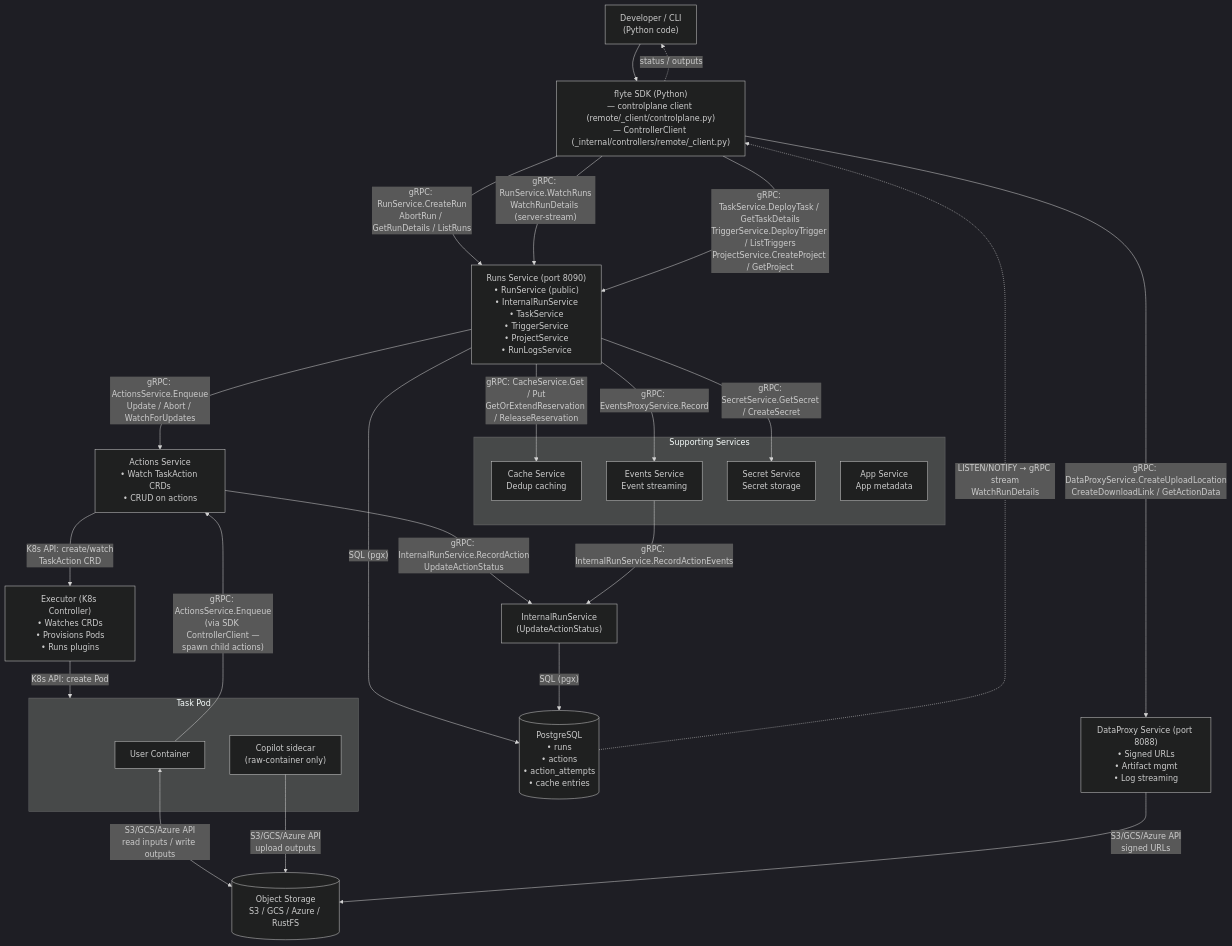
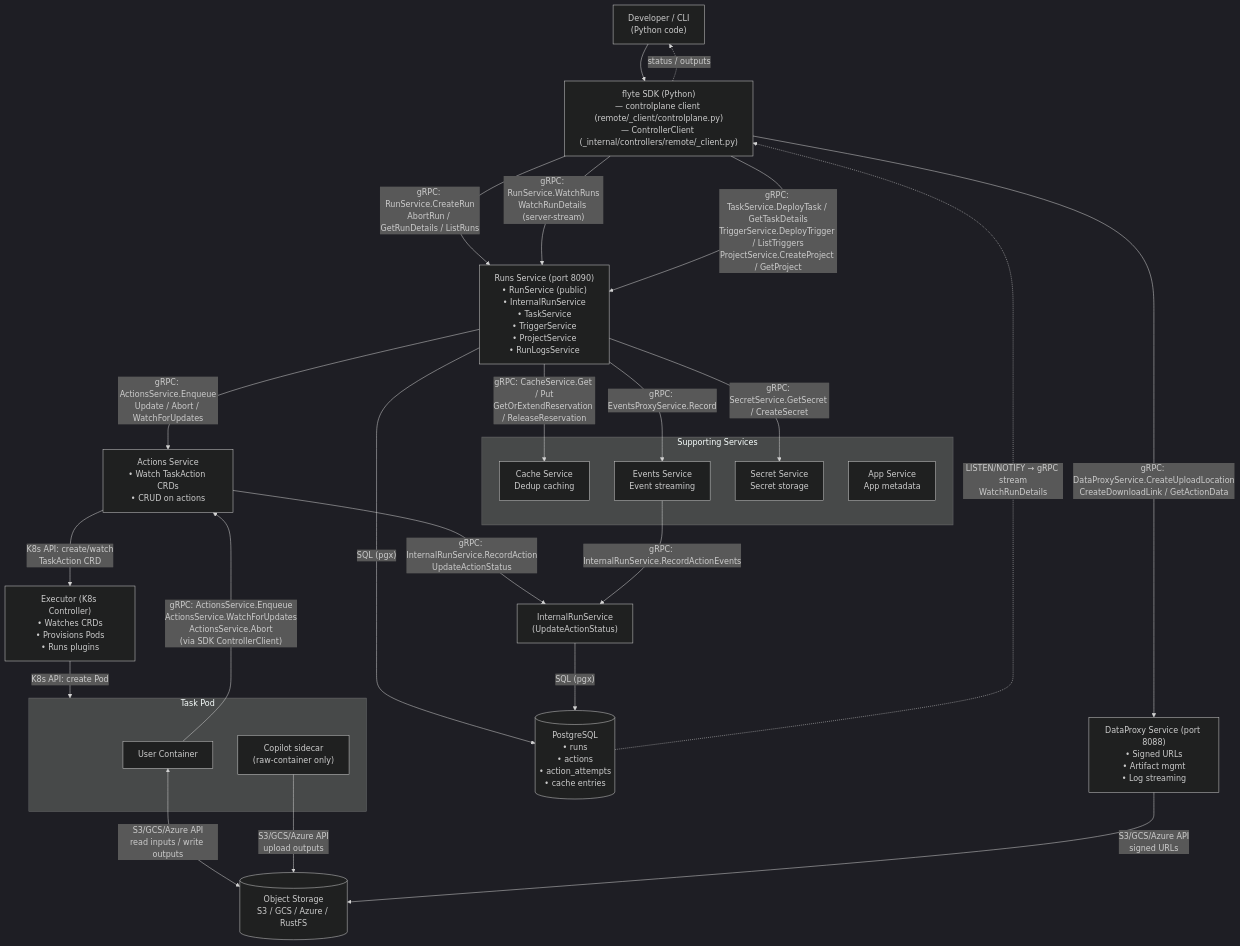
The second of 5 diagrams in docs/architecture.md (flyteorg/flyte), drawn with Mermaid (dark theme) before and after one commit. The commit also changed other lines of this file and 1 other file, not shown here.

Commit message:
Fix diagram label overlaps; expand SDK ControllerClient RPCs (Enqueue/WatchForUpdates/Abort)

````diff
--- a/docs/architecture.md
+++ b/docs/architecture.md
@@ -85,52 +85,52 @@
 ```mermaid
 flowchart TB
     Dev["Developer / CLI<br/>(Python code)"]
     SDK["flyte SDK (Python)<br/>— controlplane client (remote/_client/controlplane.py)<br/>— ControllerClient (_internal/controllers/remote/_client.py)"]
 
     Runs["Runs Service (port 8090)<br/>• RunService (public)<br/>• InternalRunService<br/>• TaskService<br/>• TriggerService<br/>• ProjectService<br/>• RunLogsService"]
 
     DB[("PostgreSQL<br/>• runs<br/>• actions<br/>• action_attempts<br/>• cache entries")]
     ActionsSvc["Actions Service<br/>• Watch TaskAction CRDs<br/>• CRUD on actions"]
     DataProxy["DataProxy Service (port 8088)<br/>• Signed URLs<br/>• Artifact mgmt<br/>• Log streaming"]
     Storage[("Object Storage<br/>S3 / GCS / Azure / RustFS")]
 
     Executor["Executor (K8s Controller)<br/>• Watches CRDs<br/>• Provisions Pods<br/>• Runs plugins"]
     subgraph TaskPod["Task Pod"]
         PodUser["User Container"]
         PodCopilot["Copilot sidecar<br/>(raw-container only)"]
     end
 
     Internal["InternalRunService<br/>(UpdateActionStatus)"]
 
     subgraph Support["Supporting Services"]
         CacheSvc["Cache Service<br/>Dedup caching"]
         EventsSvc["Events Service<br/>Event streaming"]
         SecretSvc["Secret Service<br/>Secret storage"]
         AppSvc["App Service<br/>App metadata"]
     end
 
     Dev --> SDK
     SDK -- "gRPC: RunService.CreateRun<br/>AbortRun / GetRunDetails / ListRuns" --> Runs
     SDK -- "gRPC: RunService.WatchRuns<br/>WatchRunDetails (server-stream)" --> Runs
     SDK -- "gRPC: DataProxyService.CreateUploadLocation<br/>CreateDownloadLink / GetActionData" --> DataProxy
     SDK -- "gRPC: TaskService.DeployTask / GetTaskDetails<br/>TriggerService.DeployTrigger / ListTriggers<br/>ProjectService.CreateProject / GetProject" --> Runs
-    PodUser -- "gRPC: ActionsService.Enqueue<br/>(via SDK ControllerClient —<br/>spawn child actions)" --> ActionsSvc
+    PodUser -- "gRPC: ActionsService.Enqueue<br/>ActionsService.WatchForUpdates<br/>ActionsService.Abort<br/>(via SDK ControllerClient)" --> ActionsSvc
 
     Runs -- "SQL (pgx)" --> DB
     Runs -- "gRPC: ActionsService.Enqueue<br/>Update / Abort / WatchForUpdates" --> ActionsSvc
     Runs -- "gRPC: CacheService.Get / Put<br/>GetOrExtendReservation / ReleaseReservation" --> CacheSvc
     Runs -- "gRPC: SecretService.GetSecret / CreateSecret" --> SecretSvc
     Runs -- "gRPC: EventsProxyService.Record" --> EventsSvc
 
     ActionsSvc -- "K8s API: create/watch<br/>TaskAction CRD" --> Executor
     Executor -- "K8s API: create Pod" --> TaskPod
     PodUser <-- "S3/GCS/Azure API<br/>read inputs / write outputs" --> Storage
     PodCopilot -- "S3/GCS/Azure API<br/>upload outputs" --> Storage
     DataProxy -- "S3/GCS/Azure API<br/>signed URLs" --> Storage
 
     ActionsSvc -- "gRPC: InternalRunService.RecordAction<br/>UpdateActionStatus" --> Internal
     EventsSvc -- "gRPC: InternalRunService.RecordActionEvents" --> Internal
     Internal -- "SQL (pgx)" --> DB
     DB -. "LISTEN/NOTIFY → gRPC stream<br/>WatchRunDetails" .-> SDK
     SDK -. "status / outputs" .-> Dev
 ```
````
